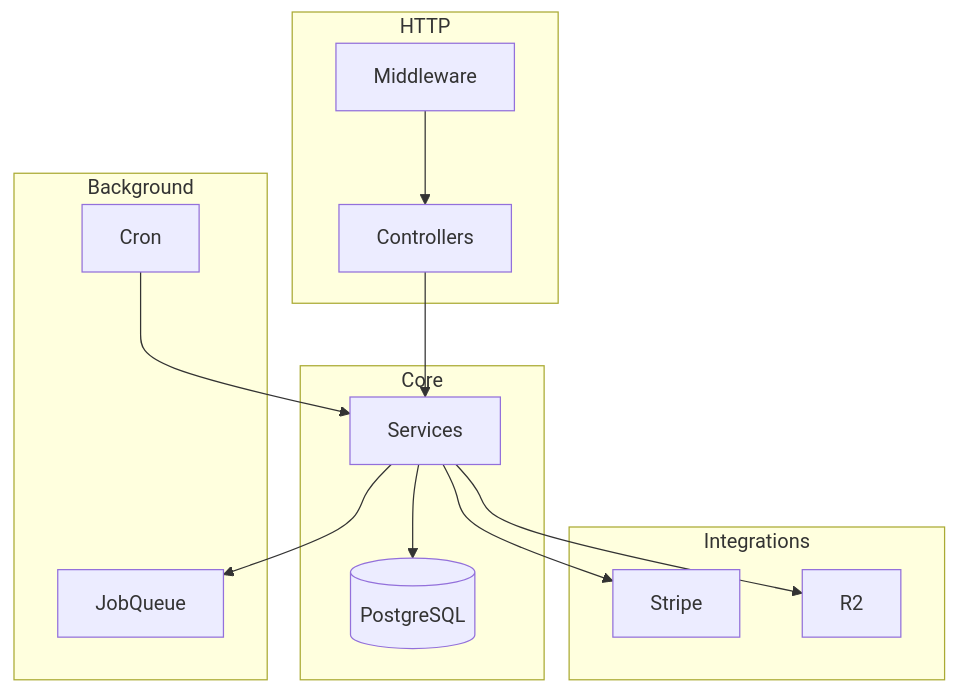
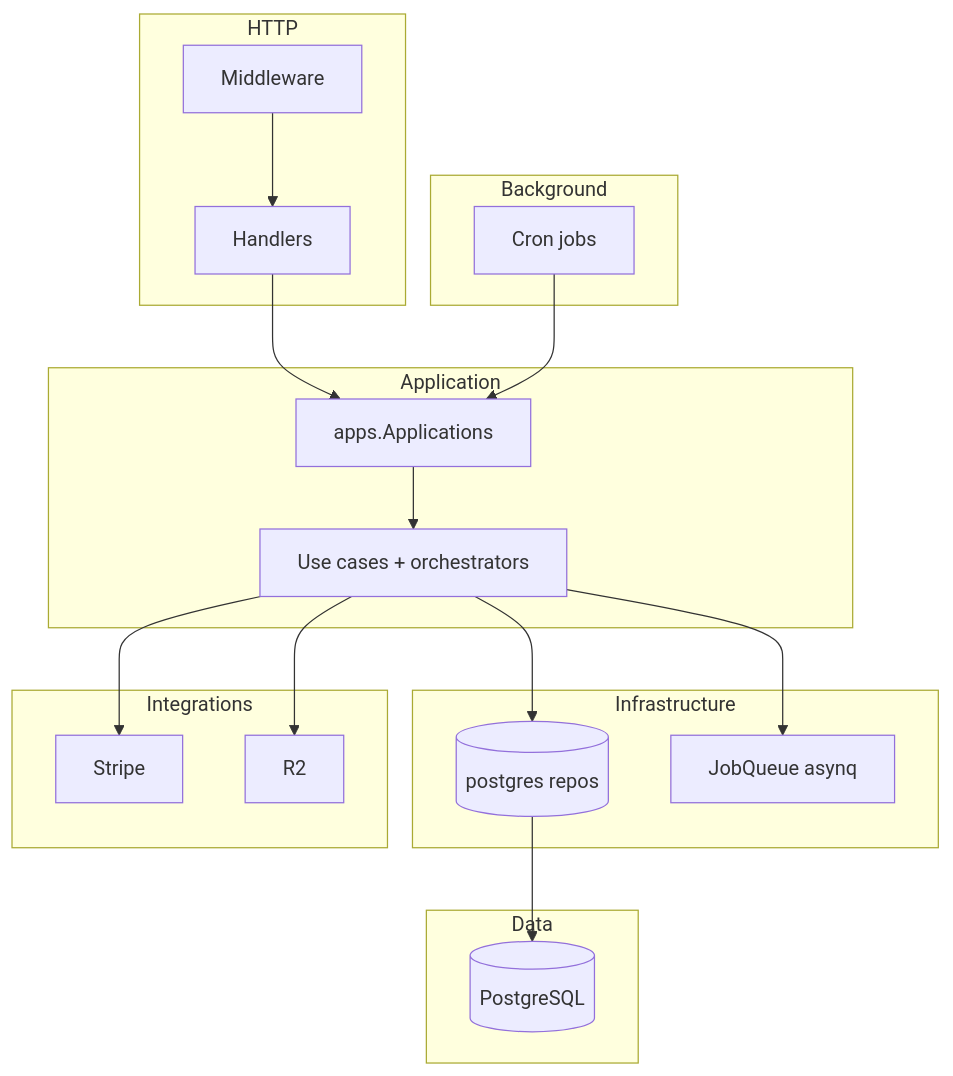
One commit to alireza-akbarzadeh/luxe changed the second of 2 diagrams in documentation/architecture.md. Above: the diagram before and after it, drawn with Mermaid. The commit also changed other lines of this file and 14 other files, not shown here.

First line of the commit message:
refactor: update architecture and cursor rules for application layer

````diff
--- a/documentation/architecture.md
+++ b/documentation/architecture.md
@@ -334,24 +339,30 @@
 ```mermaid
 flowchart TB
   subgraph http [HTTP]
-    C[Controllers]
+    H[Handlers]
     M[Middleware]
   end
-  subgraph core [Core]
-    S[Services]
+  subgraph app [Application]
+    A[apps.Applications]
+    APP[Use cases + orchestrators]
+  end
+  subgraph infra [Infrastructure]
+    PG[(postgres repos)]
+    Q[JobQueue asynq]
+  end
+  subgraph data [Data]
     DB[(PostgreSQL)]
   end
   subgraph async [Background]
-    Q[JobQueue]
-    CRON[Cron]
+    CRON[Cron jobs]
   end
   subgraph ext [Integrations]
     ST[Stripe]
     R2[R2]
   end
-  M --> C --> S --> DB
-  S --> Q
-  S --> ST
-  S --> R2
-  CRON --> S
+  M --> H --> A --> APP --> PG --> DB
+  APP --> Q
+  APP --> ST
+  APP --> R2
+  CRON --> A
 ```
````
